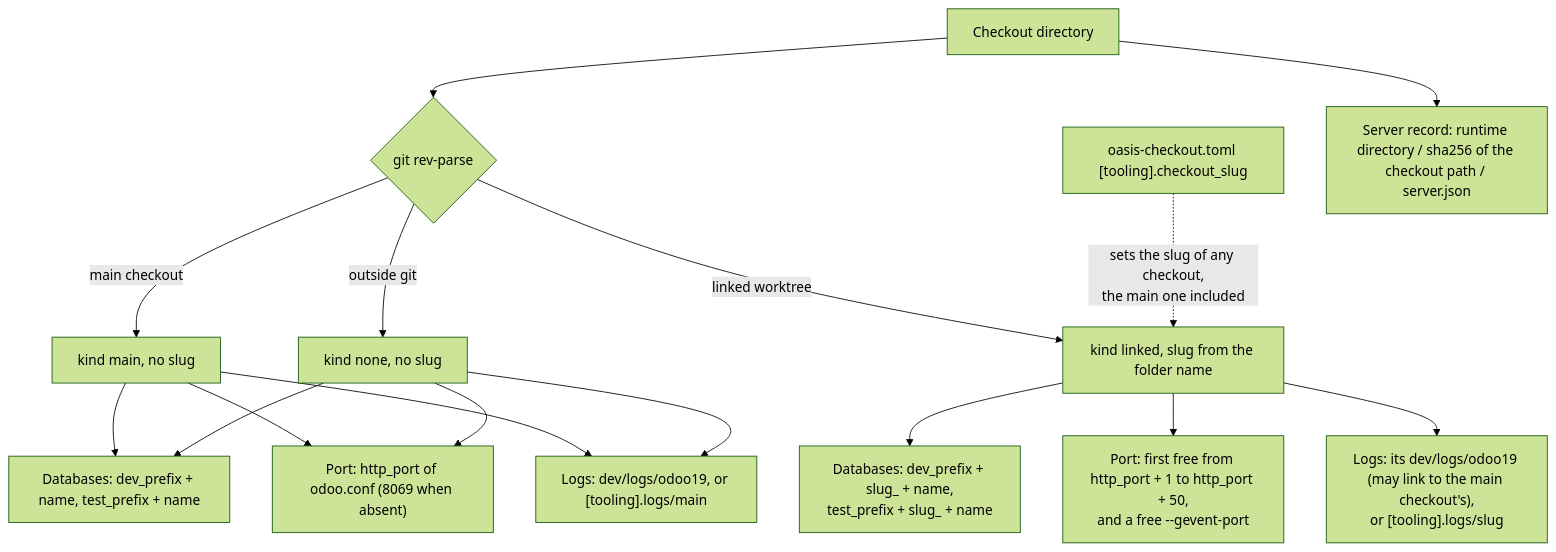
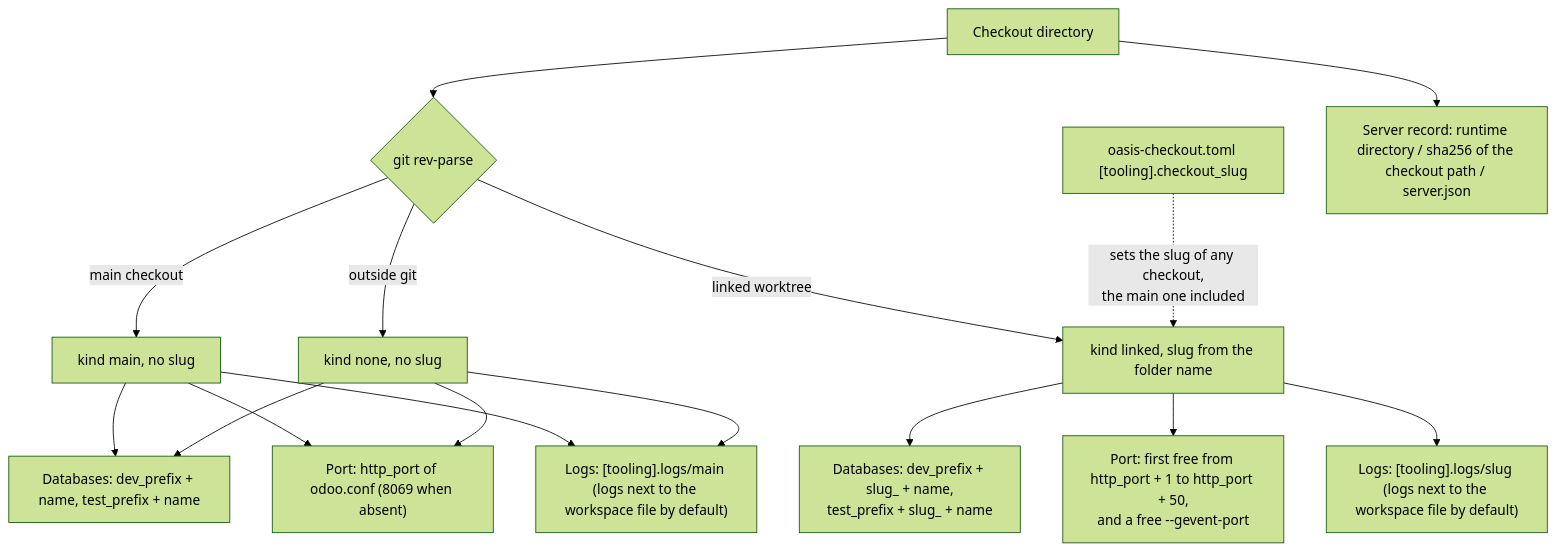
Before and after one commit to skhol3/oasis: the diagram in docs/checkouts-and-worktrees.md, drawn with Mermaid (forest theme). The commit also changed other lines of this file and 81 other files, not shown here.

First line of the commit message:
feat!: no dev/logs/odoo19 fallback or ODOO19_* variables; review follow-ups

````diff
--- a/docs/checkouts-and-worktrees.md
+++ b/docs/checkouts-and-worktrees.md
@@ -6,18 +6,18 @@
 ```mermaid
 flowchart TD
     D["Checkout directory"] --> G{"git rev-parse"}
     G -->|"main checkout"| M["kind main, no slug"]
     G -->|"linked worktree"| L["kind linked, slug from the folder name"]
     G -->|"outside git"| N["kind none, no slug"]
     S["oasis-checkout.toml [tooling].checkout_slug"] -.->|"sets the slug of any checkout,<br/>the main one included"| L
     M --> MDB["Databases: dev_prefix + name, test_prefix + name"]
     N --> MDB
     L --> LDB["Databases: dev_prefix + slug_ + name,<br/>test_prefix + slug_ + name"]
     M --> MP["Port: http_port of odoo.conf (8069 when absent)"]
     N --> MP
     L --> LP["Port: first free from http_port + 1 to http_port + 50,<br/>and a free --gevent-port"]
-    M --> ML["Logs: dev/logs/odoo19, or [tooling].logs/main"]
+    M --> ML["Logs: [tooling].logs/main (logs next to the workspace file by default)"]
     N --> ML
-    L --> LL["Logs: its dev/logs/odoo19 (may link to the main checkout's),<br/>or [tooling].logs/slug"]
+    L --> LL["Logs: [tooling].logs/slug (logs next to the workspace file by default)"]
     D --> REC["Server record: runtime directory / sha256 of the checkout path / server.json"]
 ```
````
